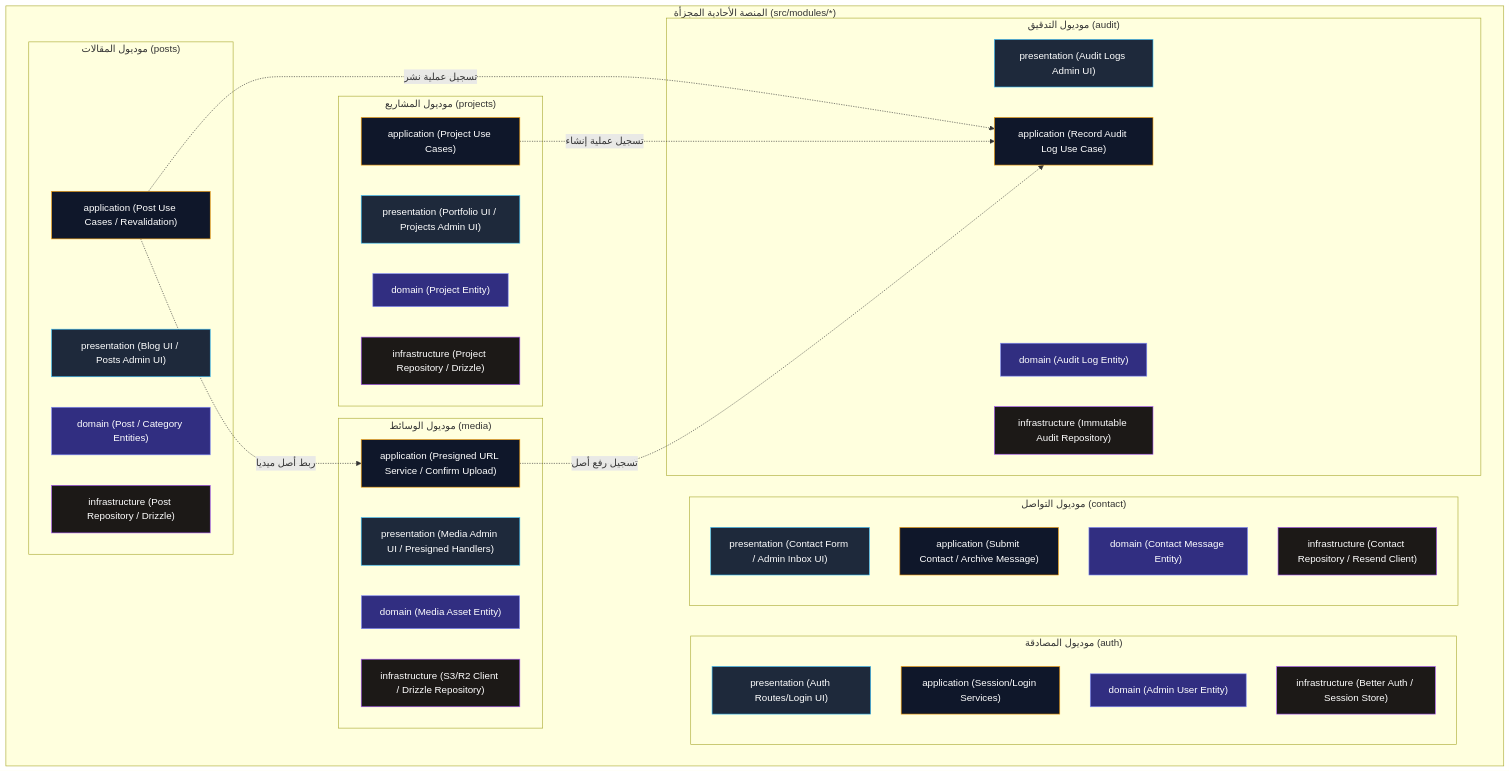
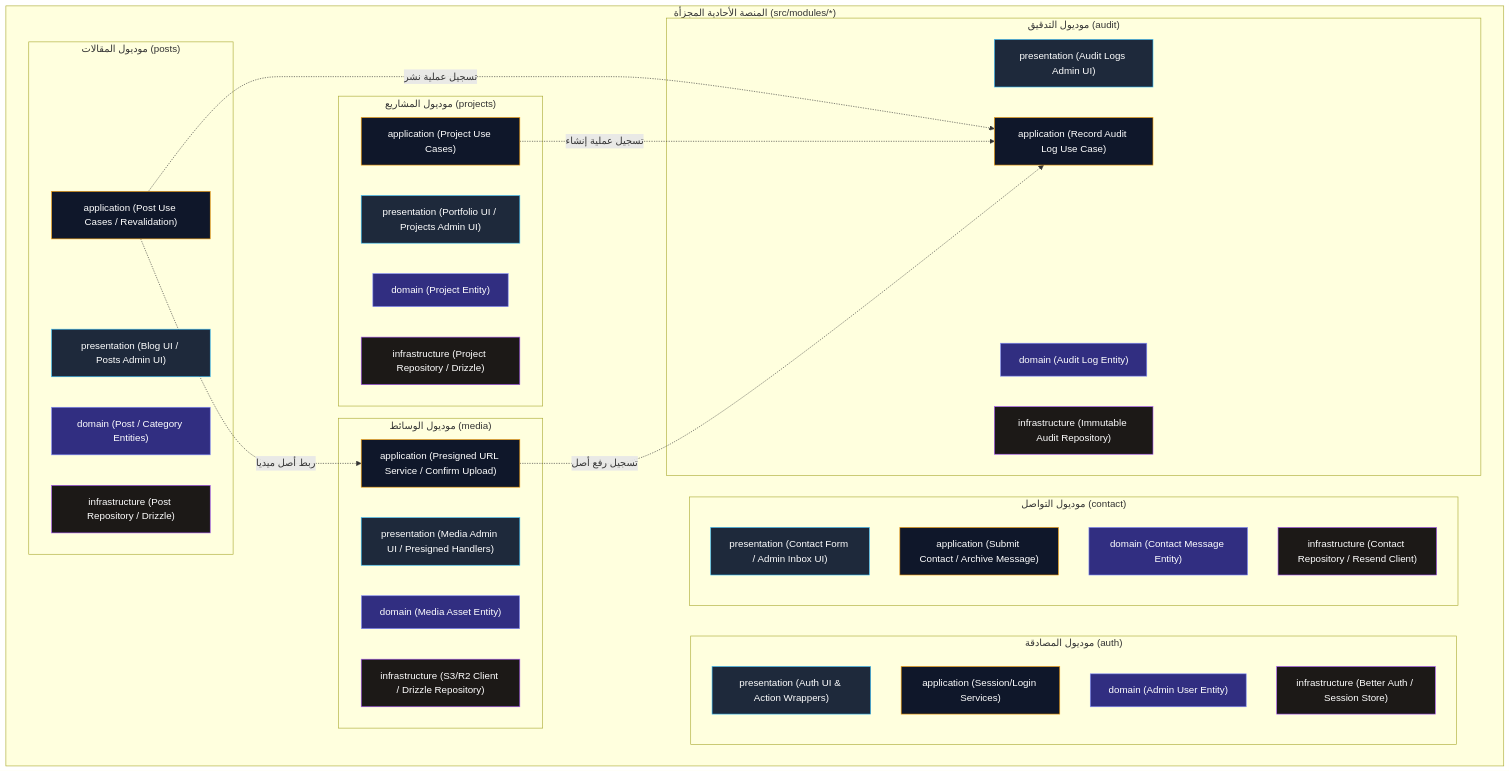
Before and after one commit to Eissaali11/maywebeissa: the second of 3 diagrams in docs/architecture/CONTEXT-MAP.md, drawn with Mermaid. The commit also changed other lines of this file and 1 other file, not shown here.

Commit message:
docs(arch): apply COO corrections — proposed decision wording, evidence-based microservices extraction, expanded quality gates, client browser actor & abstract upload flow

````diff
--- a/docs/architecture/CONTEXT-MAP.md
+++ b/docs/architecture/CONTEXT-MAP.md
@@ -52,65 +54,65 @@
 ```mermaid
 graph TB
     subgraph Modular_Monolith ["المنصة الأحادية المجزأة (src/modules/*)"]
 
         subgraph Auth_Module ["موديول المصادقة (auth)"]
-            Auth_Pres["presentation (Auth Routes/Login UI)"]
+            Auth_Pres["presentation (Auth UI & Action Wrappers)"]
             Auth_App["application (Session/Login Services)"]
             Auth_Dom["domain (Admin User Entity)"]
             Auth_Infra["infrastructure (Better Auth / Session Store)"]
         end
 
         subgraph Posts_Module ["موديول المقالات (posts)"]
             Posts_Pres["presentation (Blog UI / Posts Admin UI)"]
             Posts_App["application (Post Use Cases / Revalidation)"]
             Posts_Dom["domain (Post / Category Entities)"]
             Posts_Infra["infrastructure (Post Repository / Drizzle)"]
         end
 
         subgraph Projects_Module ["موديول المشاريع (projects)"]
             Proj_Pres["presentation (Portfolio UI / Projects Admin UI)"]
             Proj_App["application (Project Use Cases)"]
             Proj_Dom["domain (Project Entity)"]
             Proj_Infra["infrastructure (Project Repository / Drizzle)"]
         end
 
         subgraph Media_Module ["موديول الوسائط (media)"]
             Media_Pres["presentation (Media Admin UI / Presigned Handlers)"]
             Media_App["application (Presigned URL Service / Confirm Upload)"]
             Media_Dom["domain (Media Asset Entity)"]
             Media_Infra["infrastructure (S3/R2 Client / Drizzle Repository)"]
         end
 
         subgraph Contact_Module ["موديول التواصل (contact)"]
             Contact_Pres["presentation (Contact Form / Admin Inbox UI)"]
             Contact_App["application (Submit Contact / Archive Message)"]
             Contact_Dom["domain (Contact Message Entity)"]
             Contact_Infra["infrastructure (Contact Repository / Resend Client)"]
         end
 
         subgraph Audit_Module ["موديول التدقيق (audit)"]
             Audit_Pres["presentation (Audit Logs Admin UI)"]
             Audit_App["application (Record Audit Log Use Case)"]
             Audit_Dom["domain (Audit Log Entity)"]
             Audit_Infra["infrastructure (Immutable Audit Repository)"]
         end
 
     end
 
     %% Allowed Inter-Module Dependencies (Application Layer Contracts Only)
     Posts_App -. "تسجيل عملية نشر" .-> Audit_App
     Proj_App -. "تسجيل عملية إنشاء" .-> Audit_App
     Media_App -. "تسجيل رفع أصل" .-> Audit_App
     Posts_App -. "ربط أصل ميديا" .-> Media_App
 
     %% Styles
     classDef presStyle fill:#1e293b,stroke:#38bdf8,stroke-width:1px,color:#fff;
     classDef appLayerStyle fill:#0f172a,stroke:#f59e0b,stroke-width:1px,color:#fff;
     classDef domStyle fill:#312e81,stroke:#818cf8,stroke-width:1px,color:#fff;
     classDef infraStyle fill:#1c1917,stroke:#a855f7,stroke-width:1px,color:#fff;
 
     class Auth_Pres,Posts_Pres,Proj_Pres,Media_Pres,Contact_Pres,Audit_Pres presStyle;
     class Auth_App,Posts_App,Proj_App,Media_App,Contact_App,Audit_App appLayerStyle;
     class Auth_Dom,Posts_Dom,Proj_Dom,Media_Dom,Contact_Dom,Audit_Dom domStyle;
     class Auth_Infra,Posts_Infra,Proj_Infra,Media_Infra,Contact_Infra,Audit_Infra infraStyle;
 ```
````
